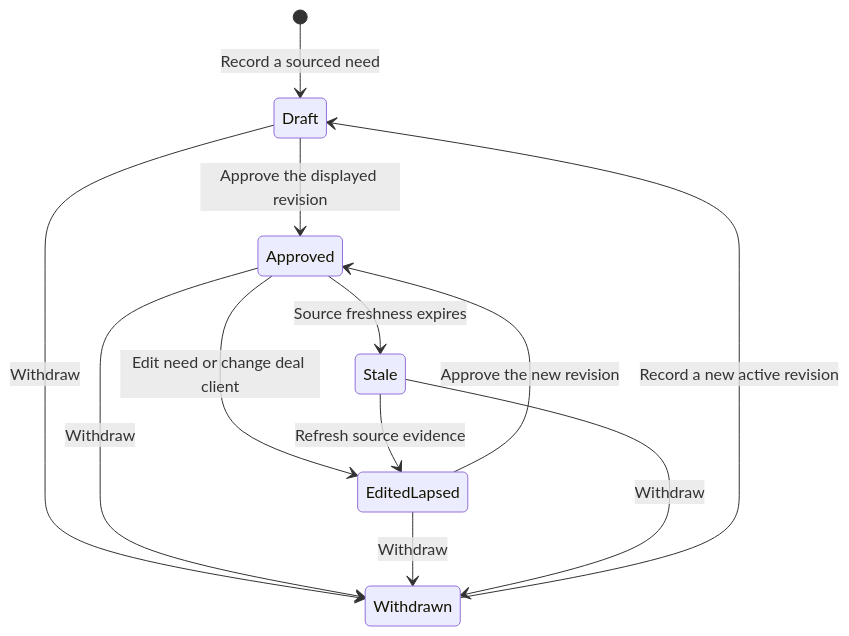
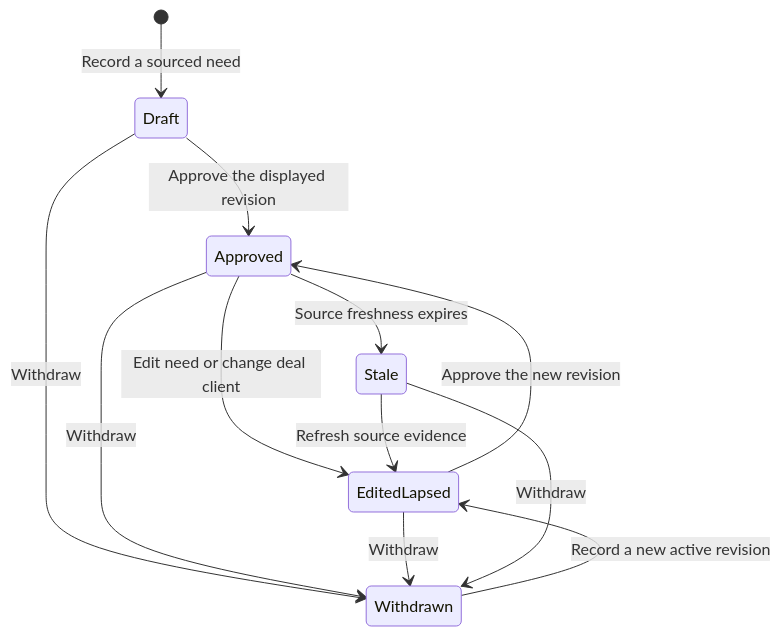
One commit to DoctorCRE/carr-system changed the diagram in docs/design/client-needs.v1.md. Above: the diagram before and after it, drawn with Mermaid. The commit also changed other lines of this file and 4 other files, not shown here.

````diff
--- a/docs/design/client-needs.v1.md
+++ b/docs/design/client-needs.v1.md
@@ -17,14 +17,14 @@
 ```mermaid
 stateDiagram-v2
  [*] --> Draft: Record a sourced need
  Draft --> Approved: Approve the displayed revision
  Approved --> EditedLapsed: Edit need or change deal client
  EditedLapsed --> Approved: Approve the new revision
  Approved --> Stale: Source freshness expires
  Stale --> EditedLapsed: Refresh source evidence
  Draft --> Withdrawn: Withdraw
  Approved --> Withdrawn: Withdraw
  EditedLapsed --> Withdrawn: Withdraw
  Stale --> Withdrawn: Withdraw
- Withdrawn --> Draft: Record a new active revision
+ Withdrawn --> EditedLapsed: Record a new active revision
 ```
````
